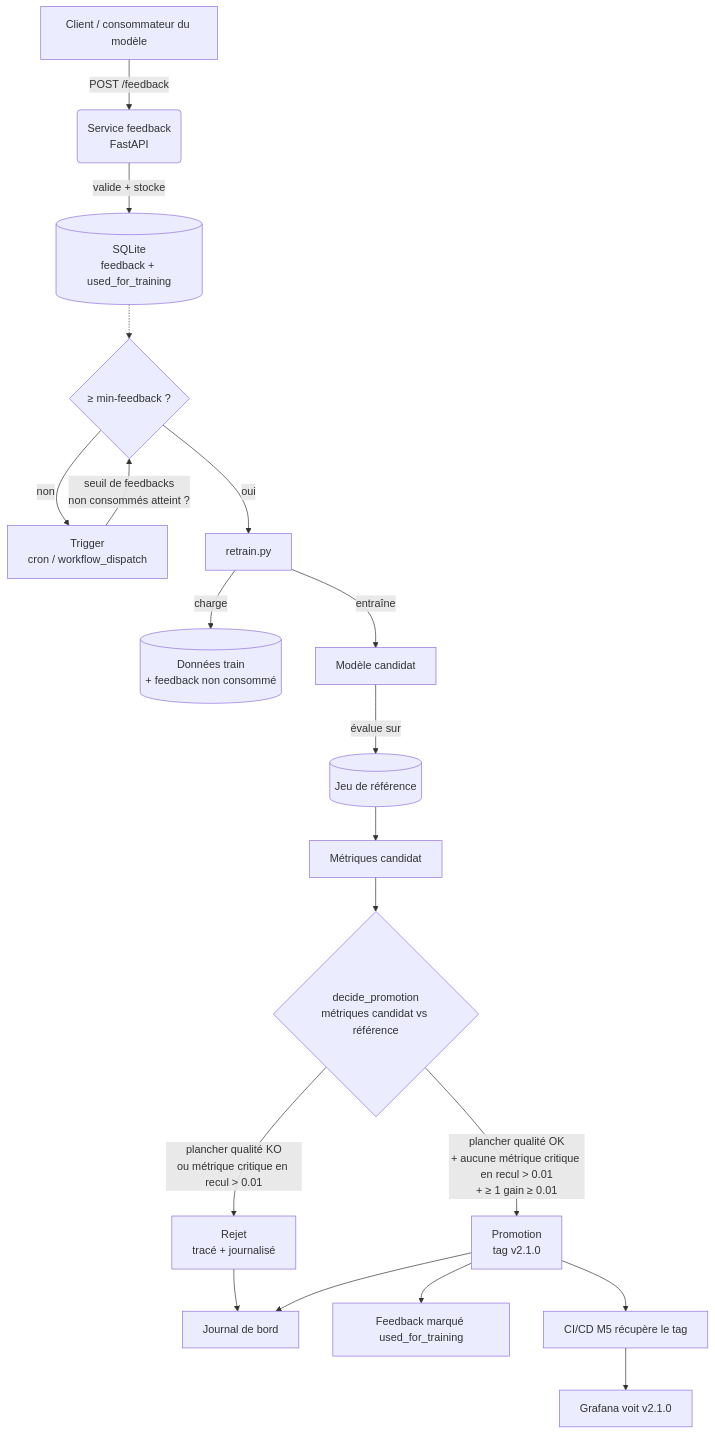
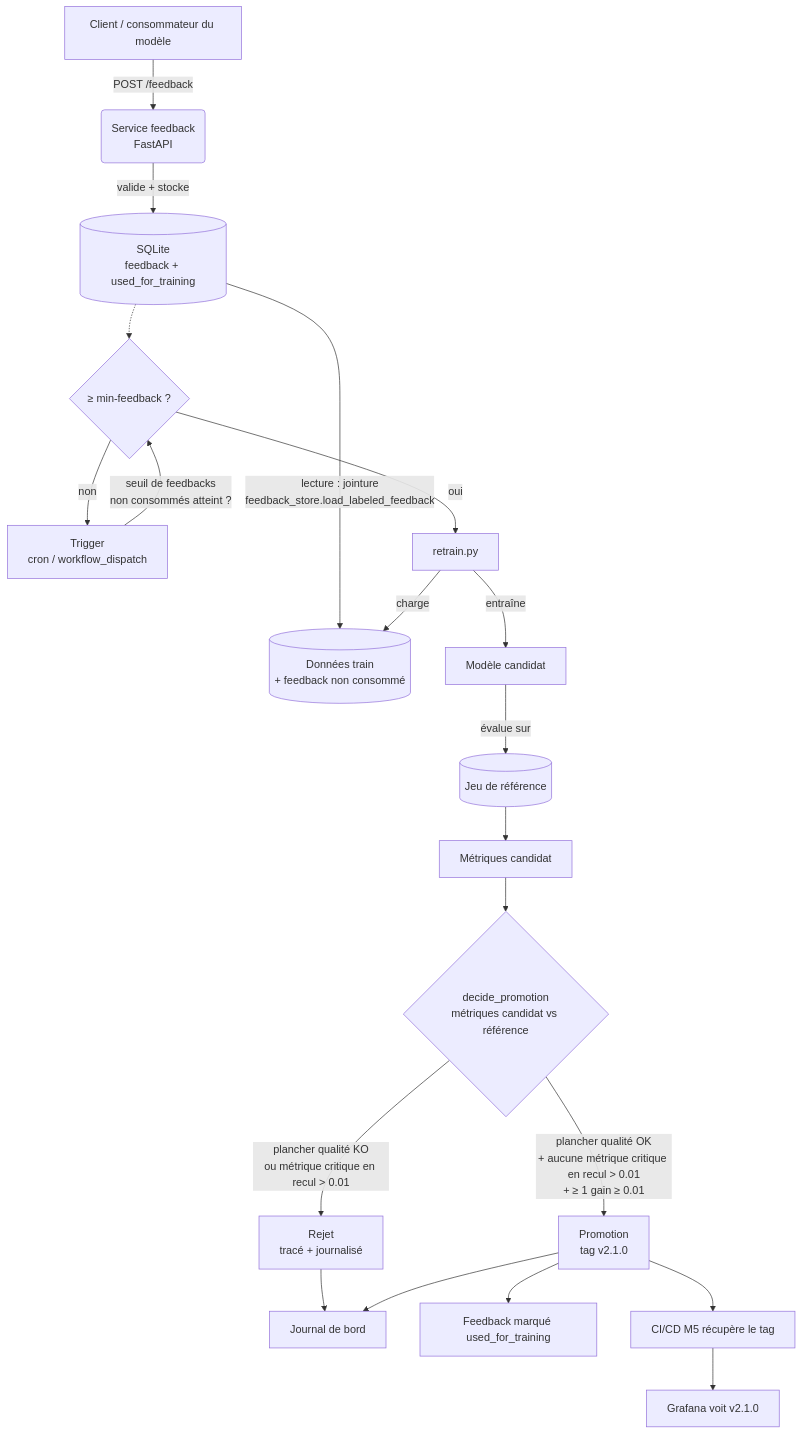
Before and after one commit to userZku/M6-B2-pyrenex-celia-theo: the diagram in README_M6.md, drawn with Mermaid. The commit also changed 8 other files, not shown here.

````diff
--- a/README_M6.md
+++ b/README_M6.md
@@ -56,25 +56,26 @@
 ```mermaid
 flowchart TD
     A[Client / consommateur du modèle] -->|POST /feedback| B(Service feedback<br/>FastAPI)
     B -->|valide + stocke| C[(SQLite<br/>feedback + used_for_training)]
 
     E[Trigger<br/>cron / workflow_dispatch] -->|seuil de feedbacks<br/>non consommés atteint ?| F{≥ min-feedback ?}
     C -.-> F
     F -->|non| E
     F -->|oui| G[retrain.py]
 
+    C -->|lecture : jointure<br/>feedback_store.load_labeled_feedback| H
     G -->|charge| H[(Données train<br/>+ feedback non consommé)]
     G -->|entraîne| I[Modèle candidat]
     I -->|évalue sur| J[(Jeu de référence)]
     J --> K[Métriques candidat]
 
     K --> L{decide_promotion<br/>métriques candidat vs référence}
     L -->|plancher qualité KO<br/>ou métrique critique en recul > 0.01| M[Rejet<br/>tracé + journalisé]
     L -->|plancher qualité OK<br/>+ aucune métrique critique en recul > 0.01<br/>+ ≥ 1 gain ≥ 0.01| N[Promotion<br/>tag v2.1.0]
 
     M --> O[Journal de bord]
     N --> O
     N --> P[Feedback marqué used_for_training]
     N --> Q[CI/CD M5 récupère le tag]
     Q --> R[Grafana voit v2.1.0]
 ```
````
